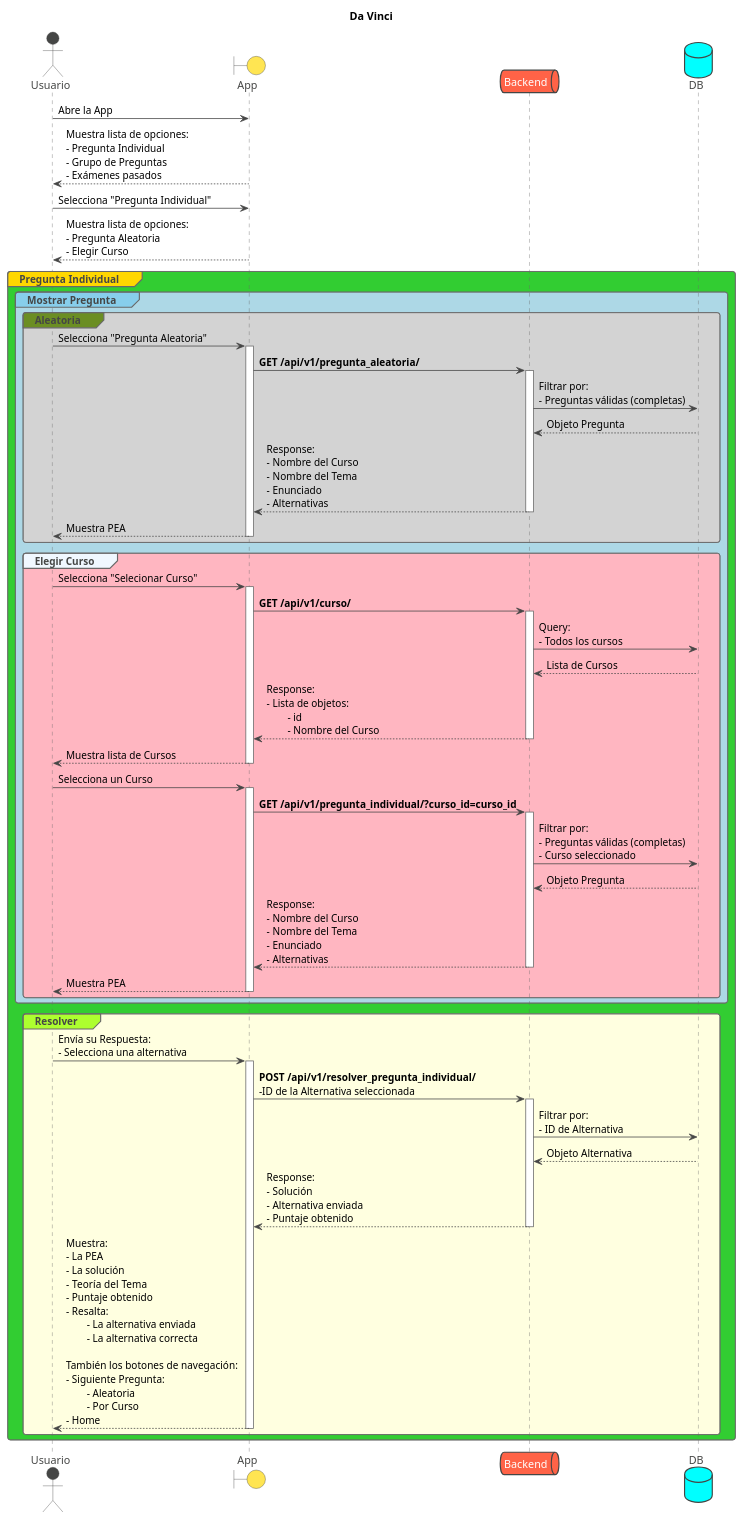
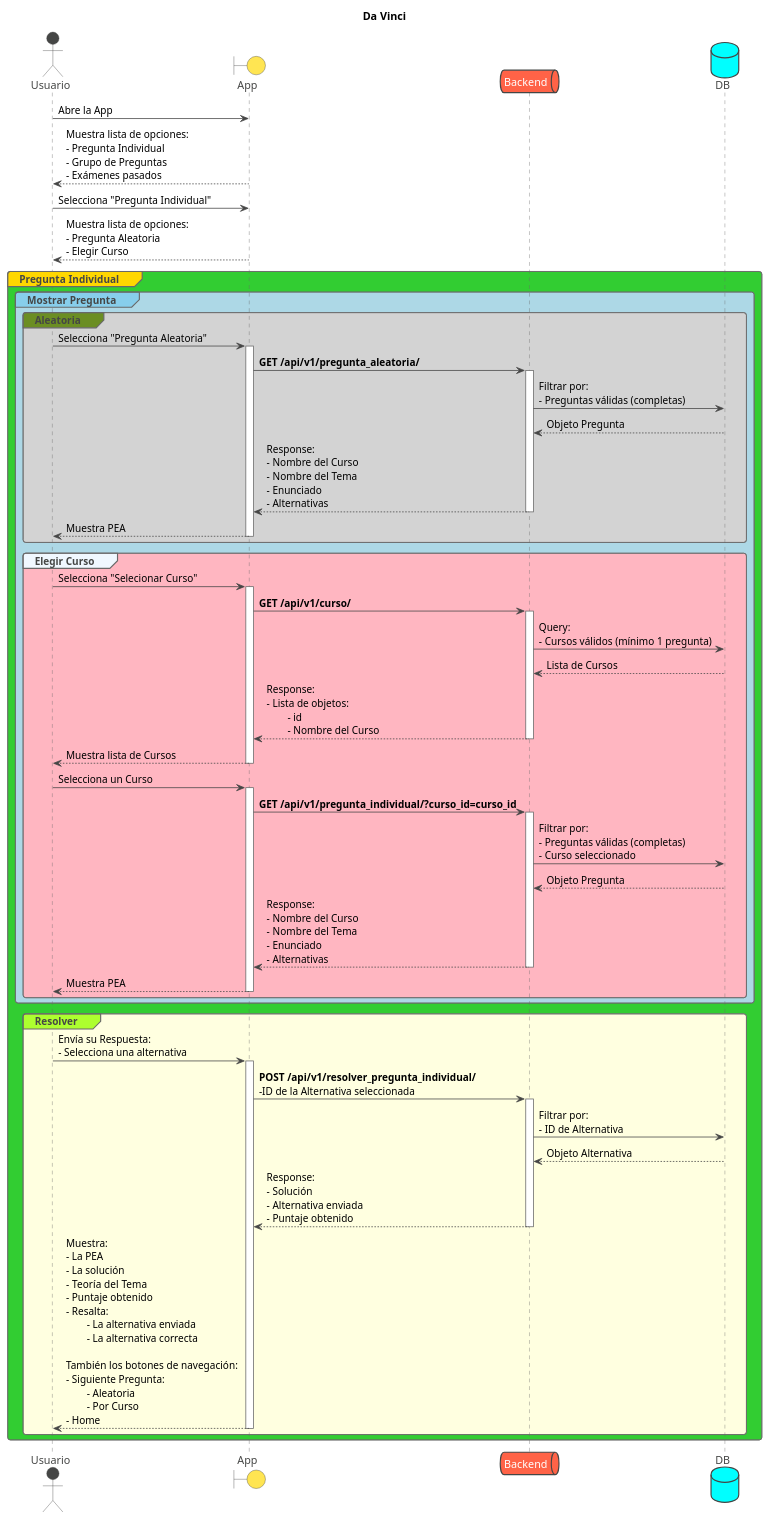
One commit to SrFuego/da-vinci changed the diagram in docs/connections/interactions.wsd. Above: the diagram before and after it, drawn with PlantUML. The commit also changed 2 other files, not shown here.

```diff
--- a/docs/connections/interactions.wsd
+++ b/docs/connections/interactions.wsd
@@ -1,69 +1,69 @@
 @startuml Da Vinci
 !theme vibrant
 
 title Da Vinci
 
 actor Usuario
 boundary App
 queue Backend
 database DB
 
 
 Usuario -> App: Abre la App
 Usuario <-- App: Muestra lista de opciones: \n- Pregunta Individual \n- Grupo de Preguntas \n- Exámenes pasados
 Usuario -> App: Selecciona "Pregunta Individual"
 Usuario <-- App: Muestra lista de opciones: \n- Pregunta Aleatoria \n- Elegir Curso
 
 group#Gold  #LimeGreen Pregunta Individual
     group#SkyBlue #LightBlue Mostrar Pregunta
         group#OliveDrab #LightGray Aleatoria
             Usuario -> App: Selecciona "Pregunta Aleatoria"
             activate App
                 App -> Backend: **GET /api/v1/pregunta_aleatoria/**
                 activate Backend
                     Backend -> DB: Filtrar por: \n- Preguntas válidas (completas)
                     Backend <-- DB: Objeto Pregunta
                     App <-- Backend: Response: \n- Nombre del Curso \n- Nombre del Tema \n- Enunciado \n- Alternativas
                 deactivate Backend
                 Usuario <-- App: Muestra PEA
             deactivate App
         end
 
         group#AliceBlue #LightPink Elegir Curso
             Usuario -> App: Selecciona "Selecionar Curso"
             activate App
                 App -> Backend: **GET /api/v1/curso/**
                 activate Backend
-                    Backend -> DB: Query: \n- Todos los cursos
+                    Backend -> DB: Query: \n- Cursos válidos (mínimo 1 pregunta)
                     Backend <-- DB: Lista de Cursos
                     App <-- Backend: Response: \n- Lista de objetos:\n\t- id \n\t- Nombre del Curso 
                 deactivate Backend
                 Usuario <-- App: Muestra lista de Cursos
             deactivate App
             Usuario -> App: Selecciona un Curso
             activate App
                 App -> Backend: **GET /api/v1/pregunta_individual/?curso_id=curso_id**
                 activate Backend
                     Backend -> DB: Filtrar por: \n- Preguntas válidas (completas)\n- Curso seleccionado
                     Backend <-- DB: Objeto Pregunta
                     App <-- Backend: Response: \n- Nombre del Curso \n- Nombre del Tema \n- Enunciado \n- Alternativas
                 deactivate Backend
                 Usuario <-- App: Muestra PEA
             deactivate App
         end
     end
 
     group#GreenYellow #LightYellow Resolver
         Usuario -> App: Envía su Respuesta: \n- Selecciona una alternativa
         activate App
             App -> Backend: **POST /api/v1/resolver_pregunta_individual/** \n-ID de la Alternativa seleccionada
             activate Backend
                 Backend -> DB: Filtrar por: \n- ID de Alternativa
                 Backend <-- DB: Objeto Alternativa
                 App <-- Backend: Response: \n- Solución \n- Alternativa enviada \n- Puntaje obtenido
             deactivate Backend
             Usuario <-- App: Muestra: \n- La PEA \n- La solución \n- Teoría del Tema \n- Puntaje obtenido \n- Resalta: \n\t- La alternativa enviada \n\t- La alternativa correcta \n\nTambién los botones de navegación: \n- Siguiente Pregunta:\n\t- Aleatoria\n\t- Por Curso \n- Home
         deactivate App
     end
 end
 @enduml
```
